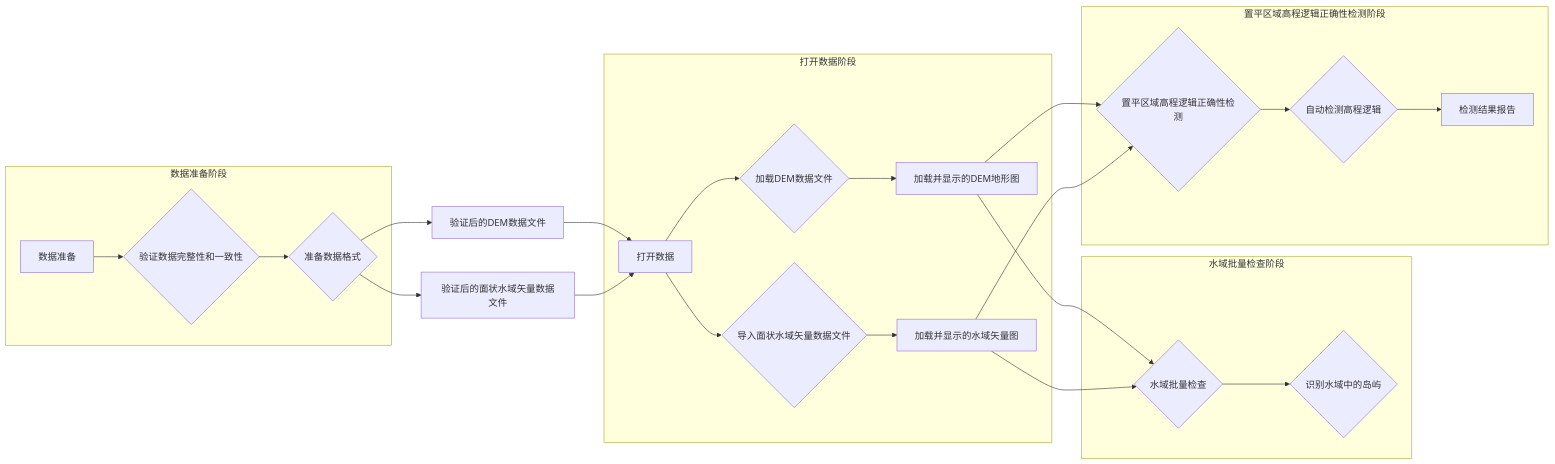
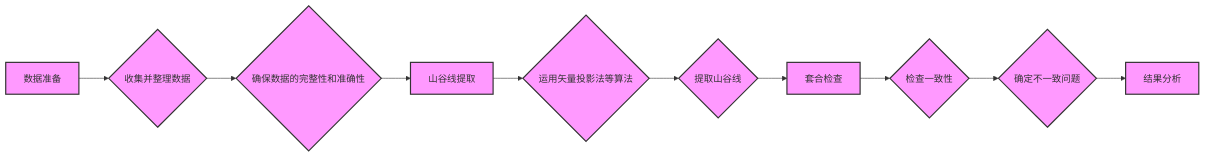
One commit to 2544622615/iodraw-files changed the diagram in all/未命名-1.md. Above: the diagram before and after it, drawn with Mermaid.

Commit message:
2024-08-17 11:38:12 update

````diff
--- a/all/未命名-1.md
+++ b/all/未命名-1.md
@@ -1,48 +1,23 @@
 ```mermaid
 graph LR
-    A[数据准备] --> B{验证数据完整性和一致性}
-    B --> C{准备数据格式}
-    C --> D[验证后的DEM数据文件]
-    C --> E[验证后的面状水域矢量数据文件]
+    A[数据准备] --> B{收集并整理数据}
+    B --> C{确保数据的完整性和准确性}
+    C --> D[山谷线提取]
+    D --> E{运用矢量投影法等算法}
+    E --> F{提取山谷线}
+    F --> G[套合检查]
+    G --> H{检查一致性}
+    H --> I{确定不一致问题}
+    I --> J[结果分析]
 
-    D --> F[打开数据]
-    E --> F
-    F --> G{加载DEM数据文件}
-    F --> H{导入面状水域矢量数据文件}
-    G --> I[加载并显示的DEM地形图]
-    H --> J[加载并显示的水域矢量图]
-
-    I --> K{水域批量检查}
-    J --> K
-    K --> L{识别水域中的岛屿}
-
-    I --> M{置平区域高程逻辑正确性检测}
-    J --> M
-    M --> N{自动检测高程逻辑}
-    N --> O[检测结果报告]
-
-    subgraph 数据准备阶段
-        A
-        B
-        C
-    end
-
-    subgraph 打开数据阶段
-        F
-        G
-        H
-        I
-        J
-    end
-
-    subgraph 水域批量检查阶段
-        K
-        L
-    end
-
-    subgraph 置平区域高程逻辑正确性检测阶段
-        M
-        N
-        O
-    end
+    style A fill:#f9f,stroke:#333,stroke-width:2px
+    style B fill:#f9f,stroke:#333,stroke-width:2px
+    style C fill:#f9f,stroke:#333,stroke-width:2px
+    style D fill:#f9f,stroke:#333,stroke-width:2px
+    style E fill:#f9f,stroke:#333,stroke-width:2px
+    style F fill:#f9f,stroke:#333,stroke-width:2px
+    style G fill:#f9f,stroke:#333,stroke-width:2px
+    style H fill:#f9f,stroke:#333,stroke-width:2px
+    style I fill:#f9f,stroke:#333,stroke-width:2px
+    style J fill:#f9f,stroke:#333,stroke-width:2px
 ```
````
